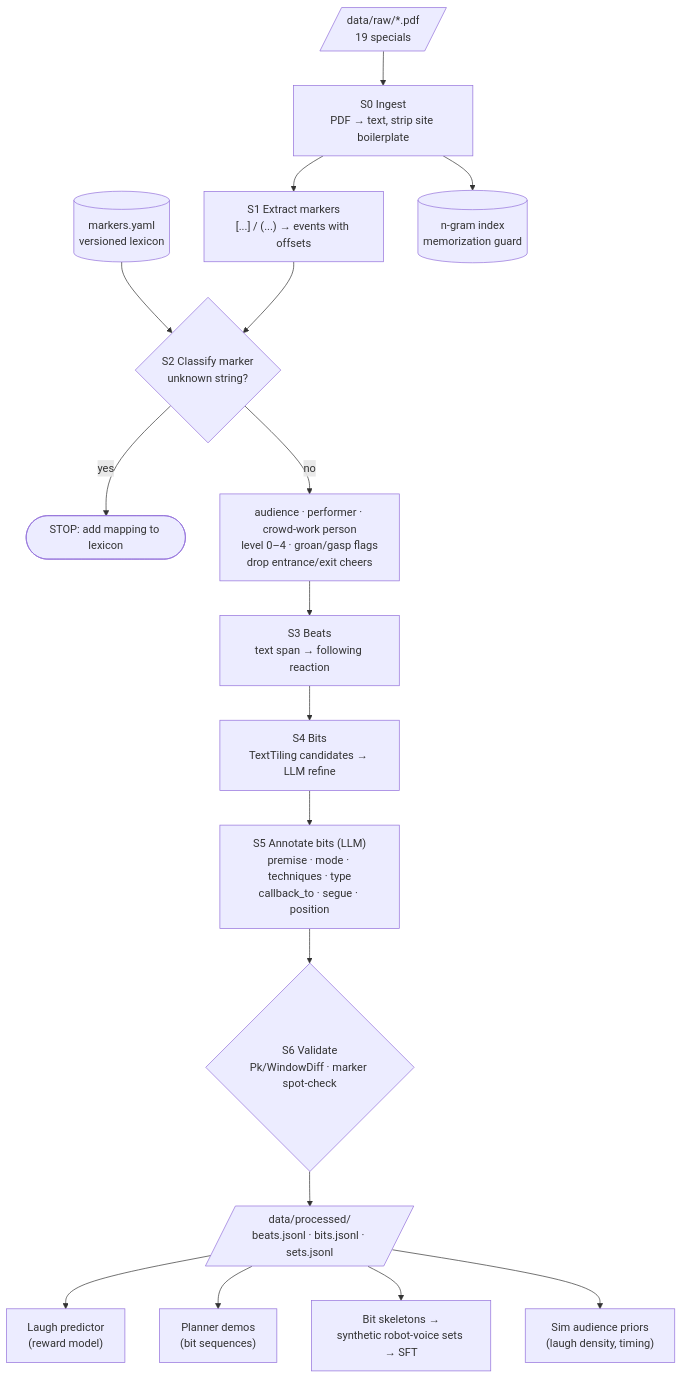
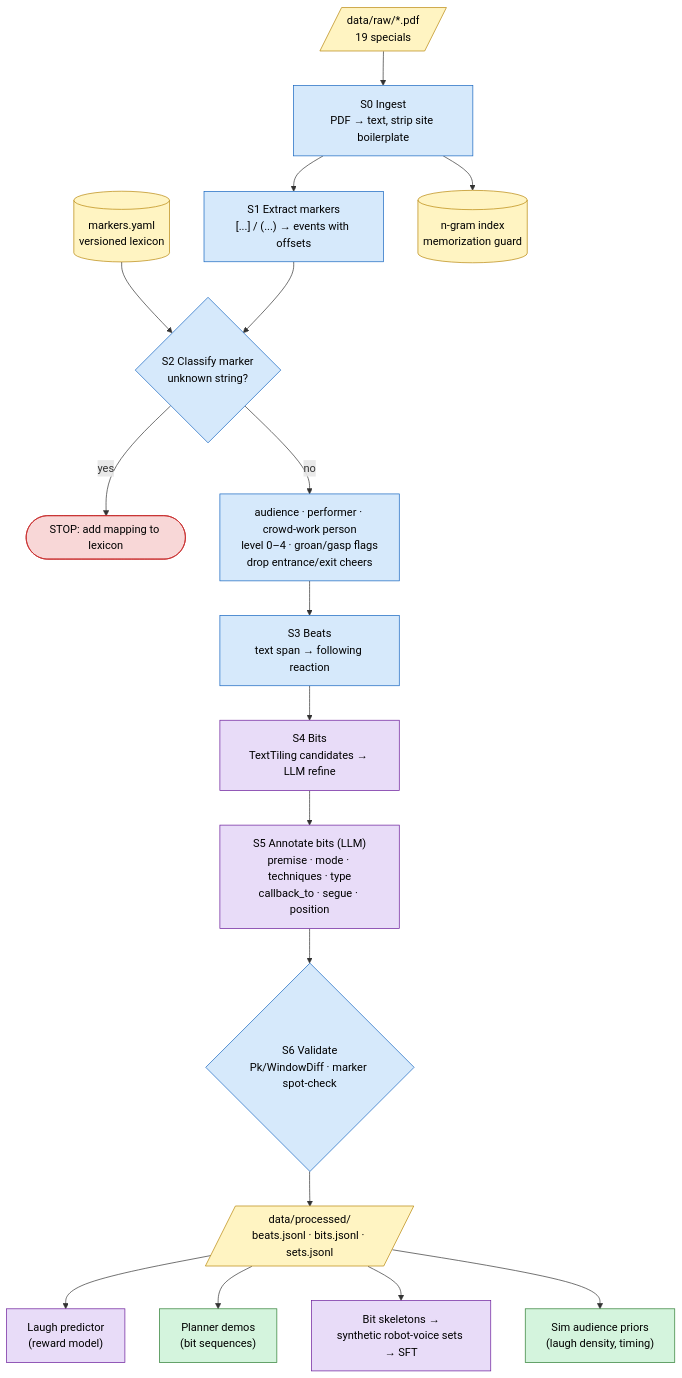
The first of 2 diagrams in docs/pipeline.md (Panreta/humor-me), drawn with Mermaid before and after one commit. The commit also changed other lines of this file and 4 other files, not shown here.

First line of the commit message:
Colour every diagram by component type, not just the study guide's

````diff
--- a/docs/pipeline.md
+++ b/docs/pipeline.md
@@ -8,21 +8,32 @@
 ```mermaid
 %%{init: {"theme": "default"}}%%
 flowchart TD
     RAW[/"data/raw/*.pdf<br/>19 specials"/] --> S0["S0 Ingest<br/>PDF → text, strip site boilerplate"]
     S0 --> S1["S1 Extract markers<br/>[...] / (...) → events with offsets"]
     LEX[("markers.yaml<br/>versioned lexicon")] --> S2
     S1 --> S2{"S2 Classify marker<br/>unknown string?"}
     S2 -- yes --> FAIL(["STOP: add mapping to lexicon"])
     S2 -- no --> S2b["audience · performer · crowd-work person<br/>level 0–4 · groan/gasp flags<br/>drop entrance/exit cheers"]
     S2b --> S3["S3 Beats<br/>text span → following reaction"]
     S3 --> S4["S4 Bits<br/>TextTiling candidates → LLM refine"]
     S4 --> S5["S5 Annotate bits (LLM)<br/>premise · mode · techniques · type<br/>callback_to · segue · position"]
     S5 --> S6{"S6 Validate<br/>Pk/WindowDiff · marker spot-check"}
     S6 --> OUT[/"data/processed/<br/>beats.jsonl · bits.jsonl · sets.jsonl"/]
     S0 --> NG[("n-gram index<br/>memorization guard")]
 
     OUT --> C1["Laugh predictor<br/>(reward model)"]
     OUT --> C2["Planner demos<br/>(bit sequences)"]
     OUT --> C3["Bit skeletons →<br/>synthetic robot-voice sets → SFT"]
     OUT --> C4["Sim audience priors<br/>(laugh density, timing)"]
+
+    classDef data fill:#fff4c2,stroke:#b8860b,color:#000
+    classDef infra fill:#d6e9fb,stroke:#1565c0,color:#000
+    classDef model fill:#e8dcf8,stroke:#6a1b9a,color:#000
+    classDef rl fill:#d4f4dd,stroke:#2e7d32,color:#000
+    classDef stop fill:#f8d7d7,stroke:#c62828,color:#000
+    class RAW,LEX,OUT,NG data
+    class S0,S1,S2,S2b,S3,S6 infra
+    class S4,S5,C1,C3 model
+    class C2,C4 rl
+    class FAIL stop
 ```
````
